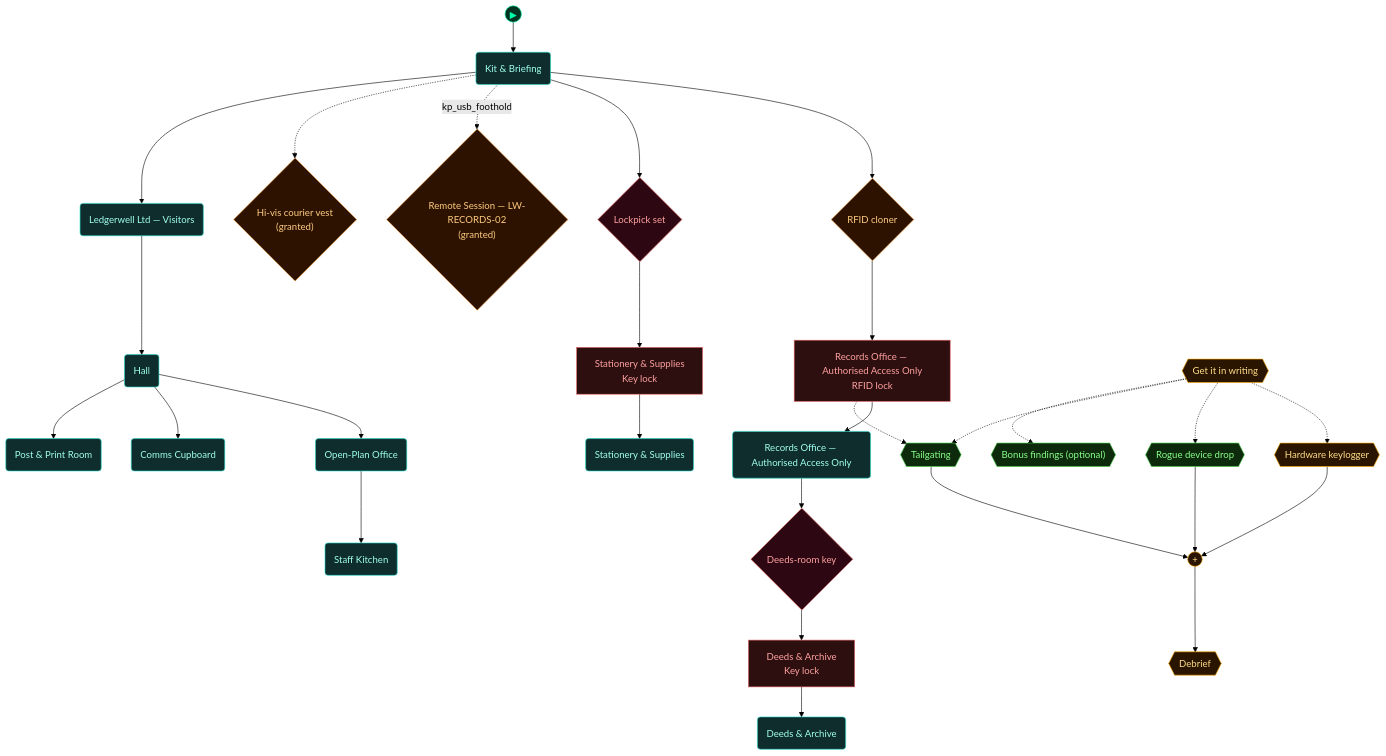
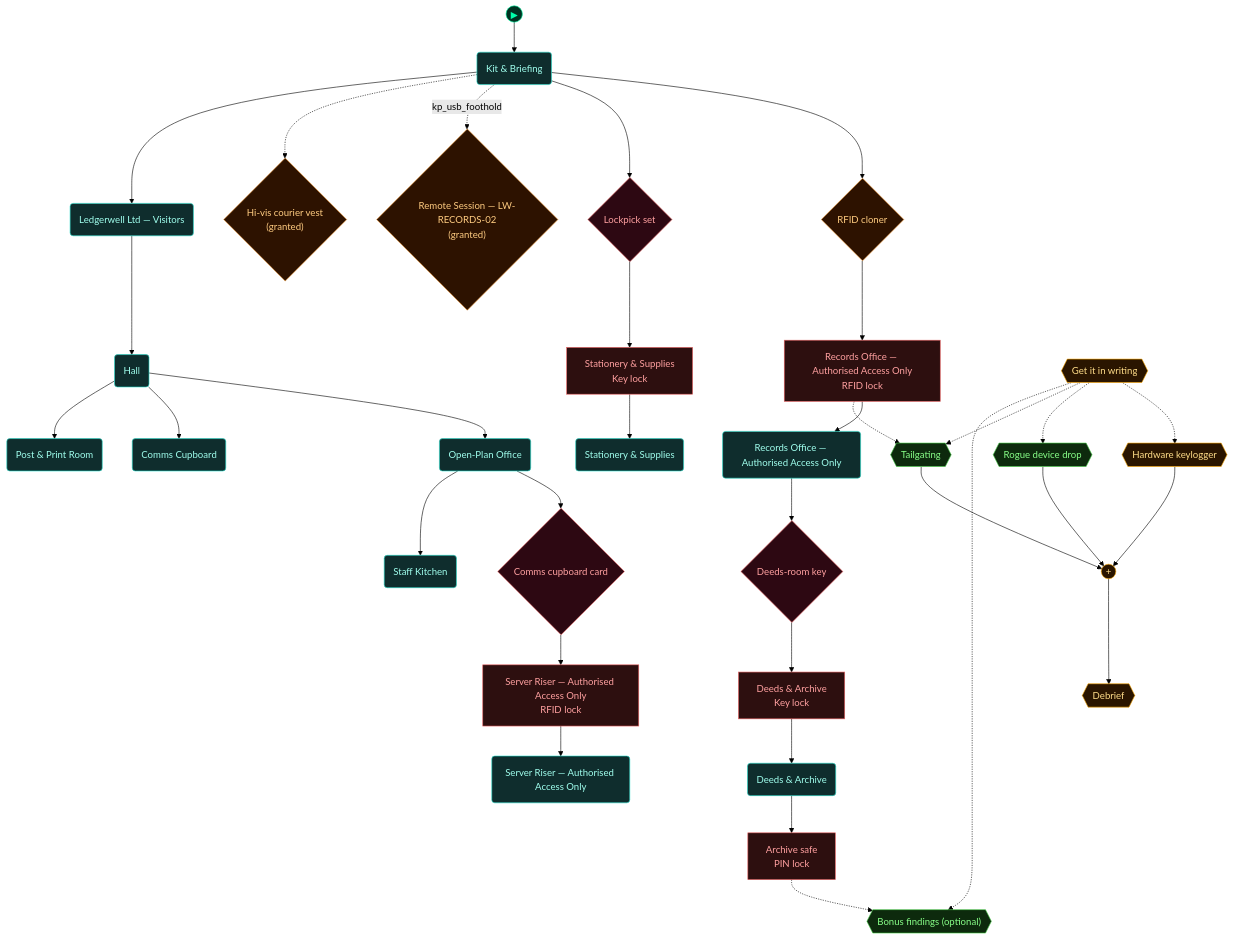
One commit to cliffe/BreakEscape changed the third of 5 diagrams in scenarios/lab_physical_pentest/dungeon_graph.md. Above: the diagram before and after it, drawn with Mermaid (forest theme). The commit also changed other lines of this file and 9 other files, not shown here.

```diff
--- a/scenarios/lab_physical_pentest/dungeon_graph.md
+++ b/scenarios/lab_physical_pentest/dungeon_graph.md
@@ -185,17 +193,21 @@
   secure_area("Records Office — Authorised Access Only")
   door_store_room["Stationery & Supplies<br/>Key lock"]
   store_room("Stationery & Supplies")
+  door_P5["Server Riser — Authorised Access Only<br/>RFID lock"]
+  P5("Server Riser — Authorised Access Only")
   door_P4["Deeds & Archive<br/>Key lock"]
   P4("Deeds & Archive")
   briefing_room("Kit & Briefing")
   rfid_cloner{"RFID cloner"}
   lockpick_set{"Lockpick set"}
+  open_plan("Open-Plan Office")
+  comms_cupboard_card{"Comms cupboard card"}
   deeds_room_key{"Deeds-room key"}
+  lock_p4_safe["Archive safe<br/>PIN lock"]
   grant_records_remote_session{"Remote Session — LW-RECORDS-02<br/>(granted)"}
   grant_kit_hivis_vest{"Hi-vis courier vest<br/>(granted)"}
   reception("Ledgerwell Ltd — Visitors")
   hall("Hall")
-  open_plan("Open-Plan Office")
   P3("Comms Cupboard")
   P1("Post & Print Room")
   P2("Staff Kitchen")
@@ -209,13 +221,17 @@
 
   door_secure_area --> secure_area
   door_store_room --> store_room
+  door_P5 --> P5
   door_P4 --> P4
   briefing_room --> rfid_cloner
   rfid_cloner --> door_secure_area
   briefing_room --> lockpick_set
   lockpick_set --> door_store_room
+  open_plan --> comms_cupboard_card
+  comms_cupboard_card --> door_P5
   secure_area --> deeds_room_key
   deeds_room_key --> door_P4
+  P4 --> lock_p4_safe
   briefing_room -.->|kp_usb_foothold| grant_records_remote_session
   briefing_room -.-> grant_kit_hivis_vest
   briefing_room --> reception
@@ -233,11 +249,12 @@
   aim_tailgate --> aim_andgate_debrief
   aim_andgate_debrief --> aim_debrief
   door_secure_area -.-> aim_tailgate
+  lock_p4_safe -.-> aim_bonus_beats
 
-  class door_secure_area,door_store_room,door_P4 lock
-  class secure_area,store_room,P4,briefing_room,reception,hall,open_plan,P3,P1,P2 room
+  class door_secure_area,door_store_room,door_P5,door_P4,lock_p4_safe lock
+  class secure_area,store_room,P5,P4,briefing_room,open_plan,reception,hall,P3,P1,P2 room
   class rfid_cloner,grant_records_remote_session,grant_kit_hivis_vest item
-  class lockpick_set,deeds_room_key key
+  class lockpick_set,comms_cupboard_card,deeds_room_key key
   class aim_authorise,aim_keylogger,aim_debrief,aim_andgate_debrief critical
   class aim_usb,aim_tailgate,aim_bonus_beats aim
   class node_start start
```
